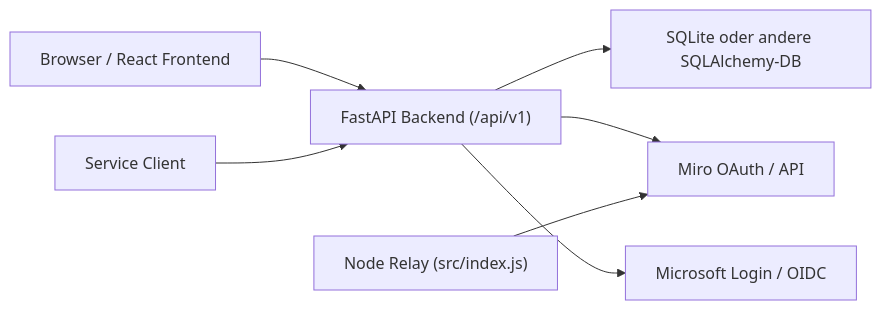
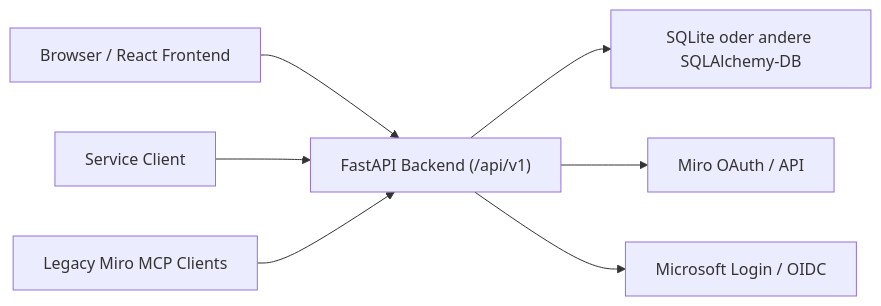
The diagram in docs/technische-referenz.md (skiweg1985/miro-mcp-relay), drawn with Mermaid before and after one commit. The commit also changed other lines of this file and 16 other files, not shown here.

Commit message:
Refactor provider setup and add Microsoft Graph OAuth support

````diff
--- a/docs/technische-referenz.md
+++ b/docs/technische-referenz.md
@@ -27,9 +28,9 @@
 ```mermaid
 flowchart LR
     Browser["Browser / React Frontend"] --> API["FastAPI Backend (/api/v1)"]
     API --> DB["SQLite oder andere SQLAlchemy-DB"]
     API --> Miro["Miro OAuth / API"]
     API --> Microsoft["Microsoft Login / OIDC"]
     Service["Service Client"] --> API
-    Legacy["Node Relay (src/index.js)"] --> Miro
+    LegacyClients["Legacy Miro MCP Clients"] --> API
 ```
````
